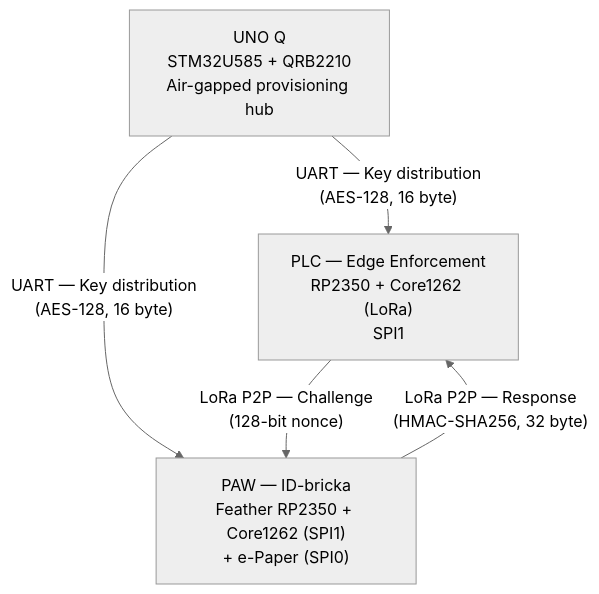
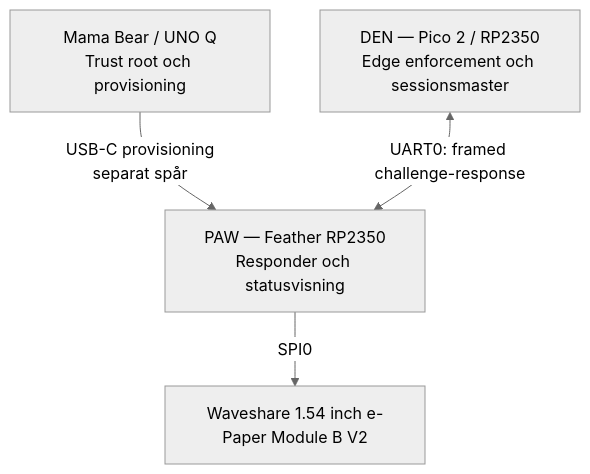
Before and after one commit to Tripl321/yh-contact-auth-projektarbete: the first of 2 diagrams in docs/02-arkitektur.md, drawn with Mermaid (neutral theme). The commit also changed other lines of this file, not shown here.

Commit message:
docs: align architecture with UART docking pivot

````diff
--- a/docs/02-arkitektur.md
+++ b/docs/02-arkitektur.md
@@ -29,11 +31,11 @@
 ```mermaid
 graph TB
-    UNOQ["UNO Q<br/>STM32U585 + QRB2210<br/>Air-gapped provisioning hub"]
-    PLC["PLC — Edge Enforcement<br/>RP2350 + Core1262 (LoRa)<br/>SPI1"]
-    PAW["PAW — ID-bricka<br/>Feather RP2350 + Core1262 (SPI1)<br/>+ e-Paper (SPI0)"]
+    MB["Mama Bear / UNO Q<br/>Trust root och provisioning"]
+    DEN["DEN — Pico 2 / RP2350<br/>Edge enforcement och sessionsmaster"]
+    PAW["PAW — Feather RP2350<br/>Responder och statusvisning"]
+    EPD["Waveshare 1.54 inch e-Paper Module B V2"]
 
-    UNOQ -->|"UART — Key distribution<br/>(AES-128, 16 byte)"| PLC
-    UNOQ -->|"UART — Key distribution<br/>(AES-128, 16 byte)"| PAW
-    PLC -->|"LoRa P2P — Challenge<br/>(128-bit nonce)"| PAW
-    PAW -->|"LoRa P2P — Response<br/>(HMAC-SHA256, 32 byte)"| PLC
+    MB -->|"USB-C provisioning<br/>separat spår"| PAW
+    DEN <-->|"UART0: framed challenge-response"| PAW
+    PAW -->|"SPI0"| EPD
 ```
````
